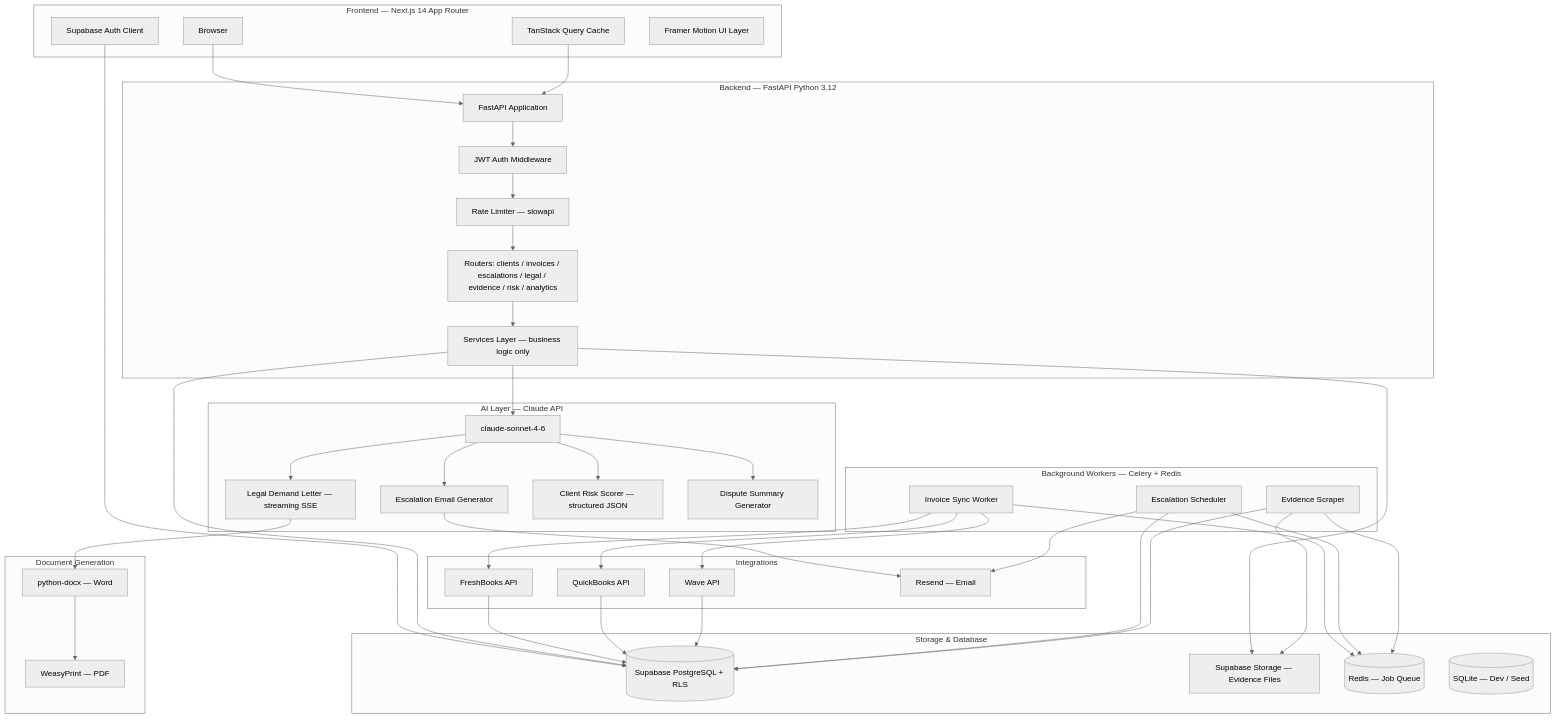
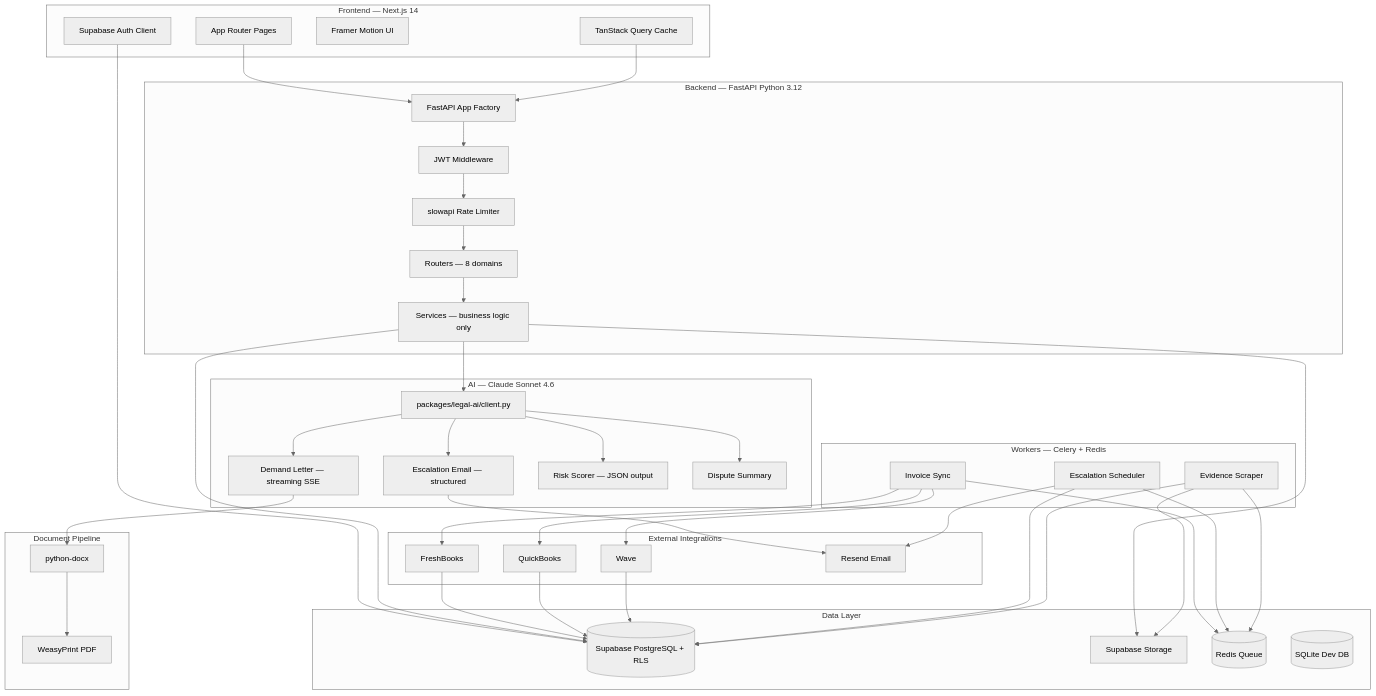
One commit to RudrenduPaul/freelancer-payment-protection changed the first of 2 diagrams in README.md. Above: the diagram before and after it, drawn with Mermaid (neutral theme). The commit also changed other lines of this file, not shown here.

````diff
--- a/README.md
+++ b/README.md
@@ -210,66 +343,65 @@
 ```mermaid
 graph TB
-    subgraph "Frontend — Next.js 14 App Router"
-        A[Browser]
-        B[Supabase Auth Client]
-        C[TanStack Query Cache]
-        D[Framer Motion UI Layer]
+    subgraph "Frontend — Next.js 14"
+        A[App Router Pages]
+        B[TanStack Query Cache]
+        C[Framer Motion UI]
+        D[Supabase Auth Client]
     end
 
     subgraph "Backend — FastAPI Python 3.12"
-        E[FastAPI Application]
-        F[JWT Auth Middleware]
-        G[Rate Limiter — slowapi]
-        H[Routers: clients / invoices / escalations / legal / evidence / risk / analytics]
-        I[Services Layer — business logic only]
+        E[FastAPI App Factory]
+        F[JWT Middleware]
+        G[slowapi Rate Limiter]
+        H[Routers — 8 domains]
+        I[Services — business logic only]
     end
 
-    subgraph "AI Layer — Claude API"
-        J[claude-sonnet-4-6]
-        K[Legal Demand Letter — streaming SSE]
-        L[Escalation Email Generator]
-        M[Client Risk Scorer — structured JSON]
-        N[Dispute Summary Generator]
+    subgraph "AI — Claude Sonnet 4.6"
+        J[packages/legal-ai/client.py]
+        K[Demand Letter — streaming SSE]
+        L[Escalation Email — structured]
+        M[Risk Scorer — JSON output]
+        N[Dispute Summary]
     end
 
-    subgraph "Document Generation"
-        O[python-docx — Word]
-        P[WeasyPrint — PDF]
+    subgraph "Document Pipeline"
+        O[python-docx]
+        P[WeasyPrint PDF]
     end
 
-    subgraph "Background Workers — Celery + Redis"
-        Q[Invoice Sync Worker]
+    subgraph "Workers — Celery + Redis"
+        Q[Invoice Sync]
         R[Escalation Scheduler]
         S[Evidence Scraper]
     end
 
-    subgraph "Storage & Database"
+    subgraph "Data Layer"
         T[(Supabase PostgreSQL + RLS)]
-        U[Supabase Storage — Evidence Files]
-        V[(Redis — Job Queue)]
-        W[(SQLite — Dev / Seed)]
+        U[Supabase Storage]
+        V[(Redis Queue)]
+        W[(SQLite Dev DB)]
     end
 
-    subgraph "Integrations"
-        X[FreshBooks API]
-        Y[QuickBooks API]
-        Z[Wave API]
-        AA[Resend — Email]
+    subgraph "External Integrations"
+        X[FreshBooks]
+        Y[QuickBooks]
+        Z[Wave]
+        AA[Resend Email]
     end
 
     A --> E
-    B --> T
-    C --> E
+    D --> T
+    B --> E
     E --> F --> G --> H --> I
     I --> J
     J --> K --> O --> P
     J --> L --> AA
     J --> M
     J --> N
-    I --> T
-    I --> U
+    I --> T & U
     Q --> X & Y & Z --> T
     R --> AA & T
     S --> U & T
     Q & R & S --> V
 ```
````
